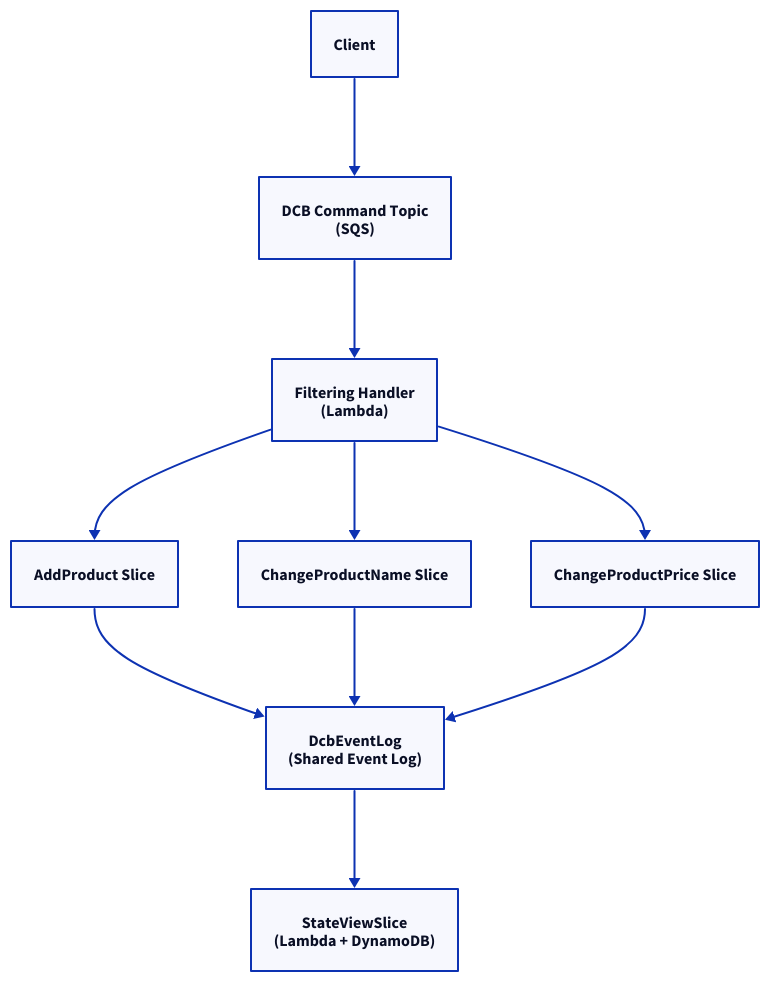
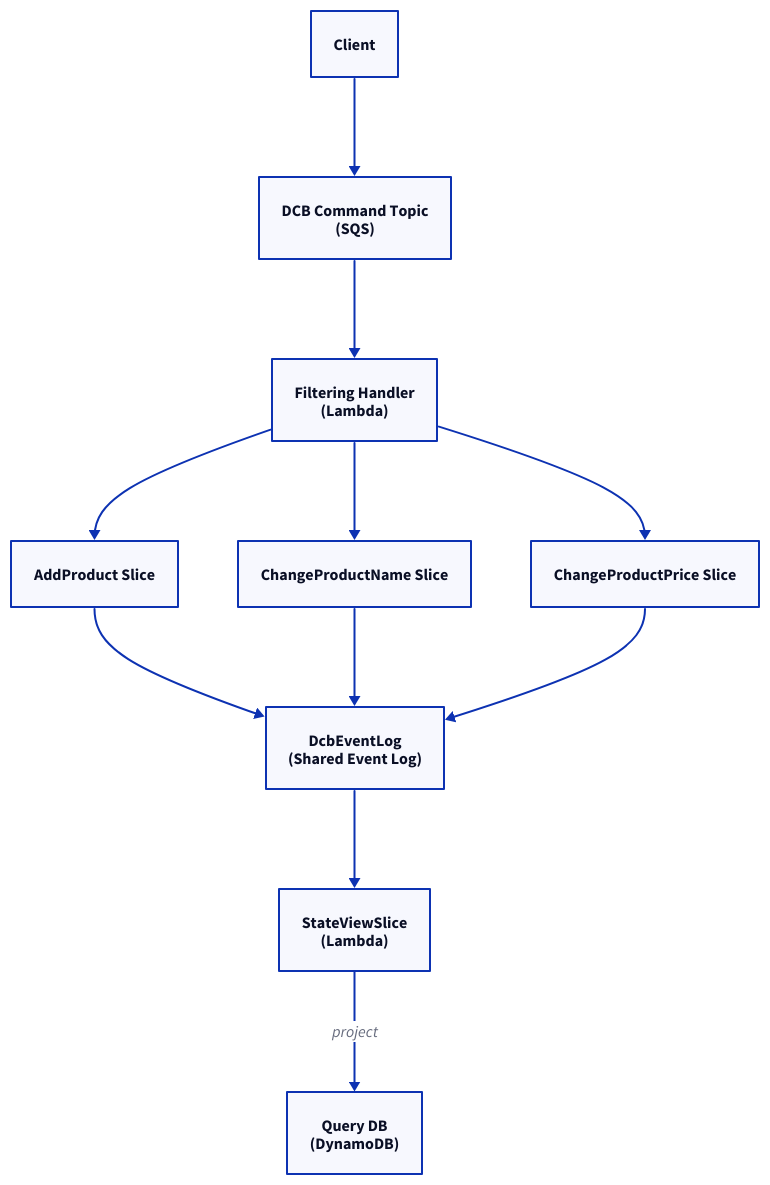
Before and after one commit to ReventlessDev/reventless-core: the diagram in packages/doc/docs-app/dcb-slices.md, drawn with D2. The commit also changed 48 other files, not shown here.

````diff
--- a/packages/doc/docs-app/dcb-slices.md
+++ b/packages/doc/docs-app/dcb-slices.md
@@ -22,20 +22,22 @@
 ```d2
 Client: Client { class: client }
 CommandTopic: "DCB Command Topic\n(SQS)" { class: command-topic }
 FilteringHandler: "Filtering Handler\n(Lambda)"
 Slice1: AddProduct Slice { class: state-change-slice }
 Slice2: ChangeProductName Slice { class: state-change-slice }
 Slice3: ChangeProductPrice Slice { class: state-change-slice }
 DcbEventLog: "DcbEventLog\n(Shared Event Log)" { class: dcb-event-log }
-ViewSlice1: "StateViewSlice\n(Lambda + DynamoDB)" { class: state-view-slice }
+ViewSlice1: "StateViewSlice\n(Lambda)" { class: state-view-slice }
+QueryDb: "Query DB\n(DynamoDB)" { class: query-db }
 
 Client -> CommandTopic: { class: command-flow }
 CommandTopic -> FilteringHandler: { class: command-flow }
 FilteringHandler -> Slice1: { class: command-flow }
 FilteringHandler -> Slice2: { class: command-flow }
 FilteringHandler -> Slice3: { class: command-flow }
 Slice1 -> DcbEventLog: { class: event-flow }
 Slice2 -> DcbEventLog: { class: event-flow }
 Slice3 -> DcbEventLog: { class: event-flow }
-DcbEventLog -> ViewSlice1: { class: projection-flow }
+DcbEventLog -> ViewSlice1: { class: event-flow }
+ViewSlice1 -> QueryDb: project { class: projection-flow }
 ```
````
